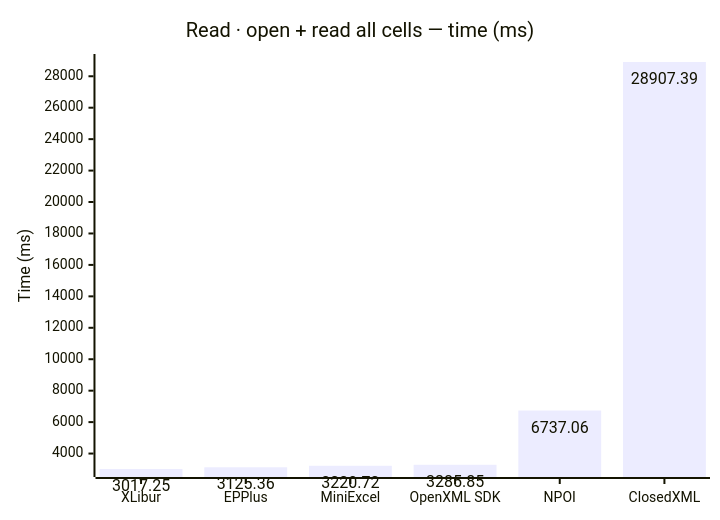
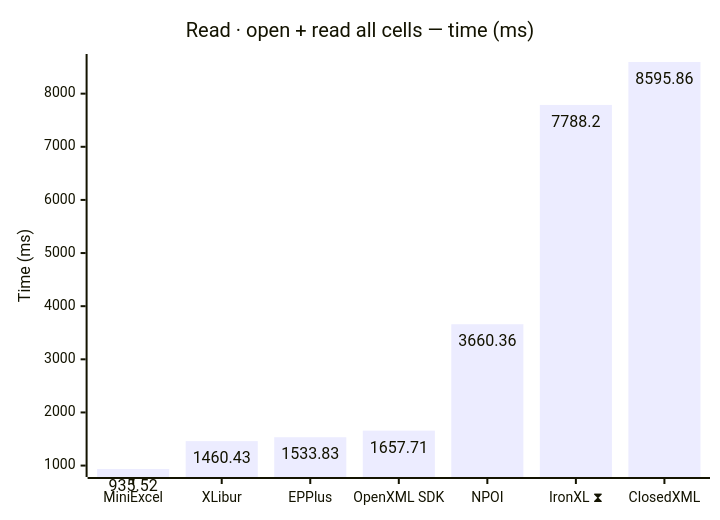
Before and after one commit to jafin/XLBench: the third of 10 diagrams in docs/results-ci.md, drawn with Mermaid. The commit also changed other lines of this file, not shown here.

````diff
--- a/docs/results-ci.md
+++ b/docs/results-ci.md
@@ -62,12 +67,12 @@
 ```mermaid
 ---
 config:
   xyChart:
     showDataLabel: true
 ---
 xychart-beta
     title "Read · open + read all cells — time (ms)"
-    x-axis ["XLibur", "EPPlus", "MiniExcel", "OpenXML SDK", "NPOI", "ClosedXML"]
+    x-axis ["MiniExcel", "XLibur", "EPPlus", "OpenXML SDK", "NPOI", "IronXL ⧗", "ClosedXML"]
     y-axis "Time (ms)"
-    bar [3017.25, 3125.36, 3220.72, 3285.85, 6737.06, 28907.39]
+    bar [935.52, 1460.43, 1533.83, 1657.71, 3660.36, 7788.2, 8595.86]
 ```
````
